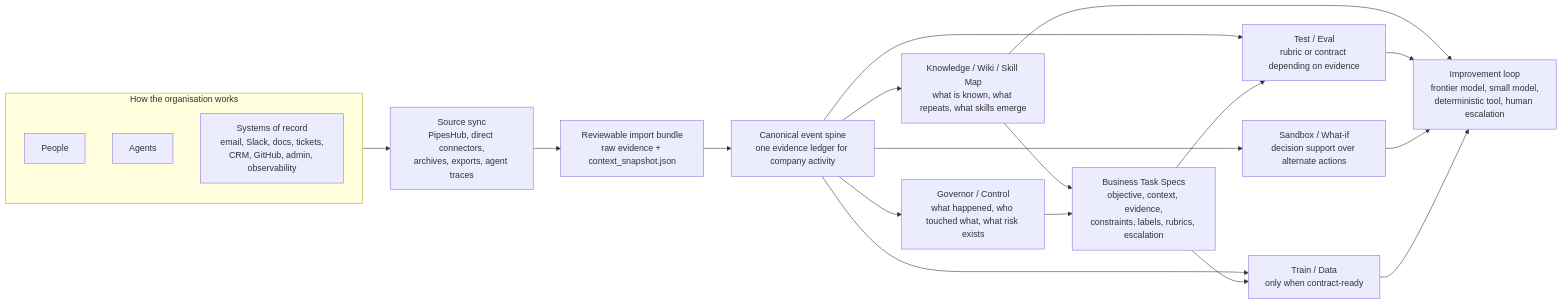
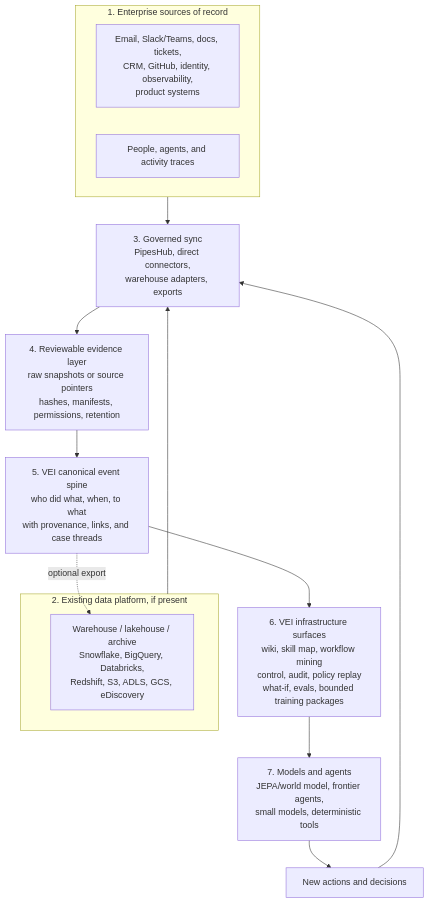
The diagram in README.md (rezendi/vei), drawn with Mermaid before and after one commit. The commit also changed other lines of this file and 3 other files, not shown here.

Commit message:
feat: harden PipesHub scale capture

````diff
--- a/README.md
+++ b/README.md
@@ -17,31 +22,27 @@
 ```mermaid
-flowchart LR
-    subgraph ORG["How the organisation works"]
-        A["People"]
-        B["Agents"]
-        C["Systems of record<br/>email, Slack, docs, tickets,<br/>CRM, GitHub, admin, observability"]
+flowchart TB
+    subgraph SOURCES["1. Enterprise sources of record"]
+        SYS["Email, Slack/Teams, docs, tickets,<br/>CRM, GitHub, identity, observability,<br/>product systems"]
+        ACTORS["People, agents, and activity traces"]
     end
 
-    ORG --> SYNC["Source sync<br/>PipesHub, direct connectors,<br/>archives, exports, agent traces"]
+    subgraph DATA["2. Existing data platform, if present"]
+        WAREHOUSE["Warehouse / lakehouse / archive<br/>Snowflake, BigQuery, Databricks,<br/>Redshift, S3, ADLS, GCS, eDiscovery"]
+    end
 
-    SYNC --> PACKAGE["Reviewable import bundle<br/>raw evidence + context_snapshot.json"]
+    SYNC["3. Governed sync<br/>PipesHub, direct connectors,<br/>warehouse adapters, exports"]
+    EVIDENCE["4. Reviewable evidence layer<br/>raw snapshots or source pointers<br/>hashes, manifests, permissions, retention"]
+    SPINE["5. VEI canonical event spine<br/>who did what, when, to what<br/>with provenance, links, and case threads"]
+    SURFACES["6. VEI infrastructure surfaces<br/>wiki, skill map, workflow mining<br/>control, audit, policy replay<br/>what-if, evals, bounded training packages"]
+    MODELS["7. Models and agents<br/>JEPA/world model, frontier agents,<br/>small models, deterministic tools"]
 
-    PACKAGE --> SPINE["Canonical event spine<br/>one evidence ledger for company activity"]
-
-    SPINE --> WIKI["Knowledge / Wiki / Skill Map<br/>what is known, what repeats, what skills emerge"]
-    SPINE --> CONTROL["Governor / Control<br/>what happened, who touched what, what risk exists"]
-    SPINE --> WHATIF["Sandbox / What-if<br/>decision support over alternate actions"]
-    SPINE --> EVALS["Test / Eval<br/>rubric or contract depending on evidence"]
-    SPINE --> PACKAGES["Train / Data<br/>only when contract-ready"]
-
-    WIKI --> SPEC["Business Task Specs<br/>objective, context, evidence,<br/>constraints, labels, rubrics, escalation"]
-    CONTROL --> SPEC
-
-    SPEC --> EVALS
-    SPEC --> PACKAGES
-
-    WIKI --> IMPROVE["Improvement loop<br/>frontier model, small model,<br/>deterministic tool, human escalation"]
-    EVALS --> IMPROVE
-    WHATIF --> IMPROVE
-    PACKAGES --> IMPROVE
+    SOURCES --> SYNC
+    DATA --> SYNC
+    SYNC --> EVIDENCE
+    EVIDENCE --> SPINE
+    SPINE --> SURFACES
+    SURFACES --> MODELS
+    MODELS --> ACTIVITY["New actions and decisions"]
+    ACTIVITY --> SYNC
+    SPINE -.->|optional export| WAREHOUSE
 ```
````
